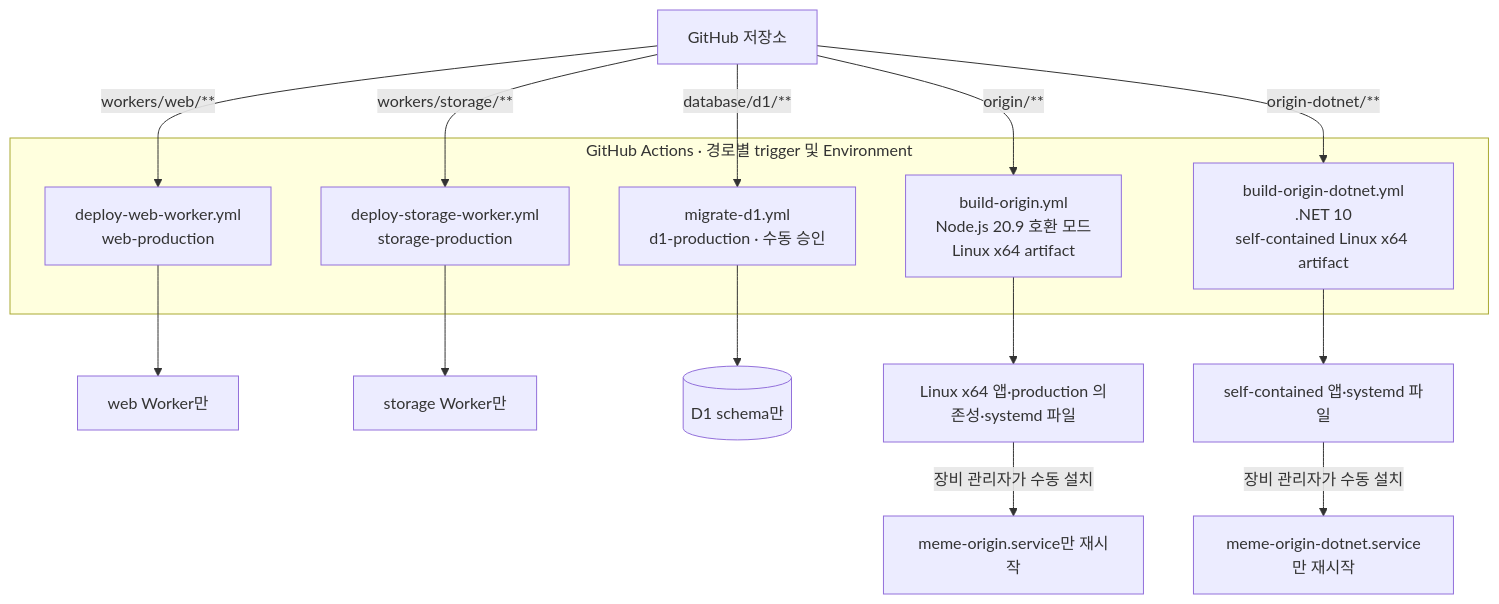
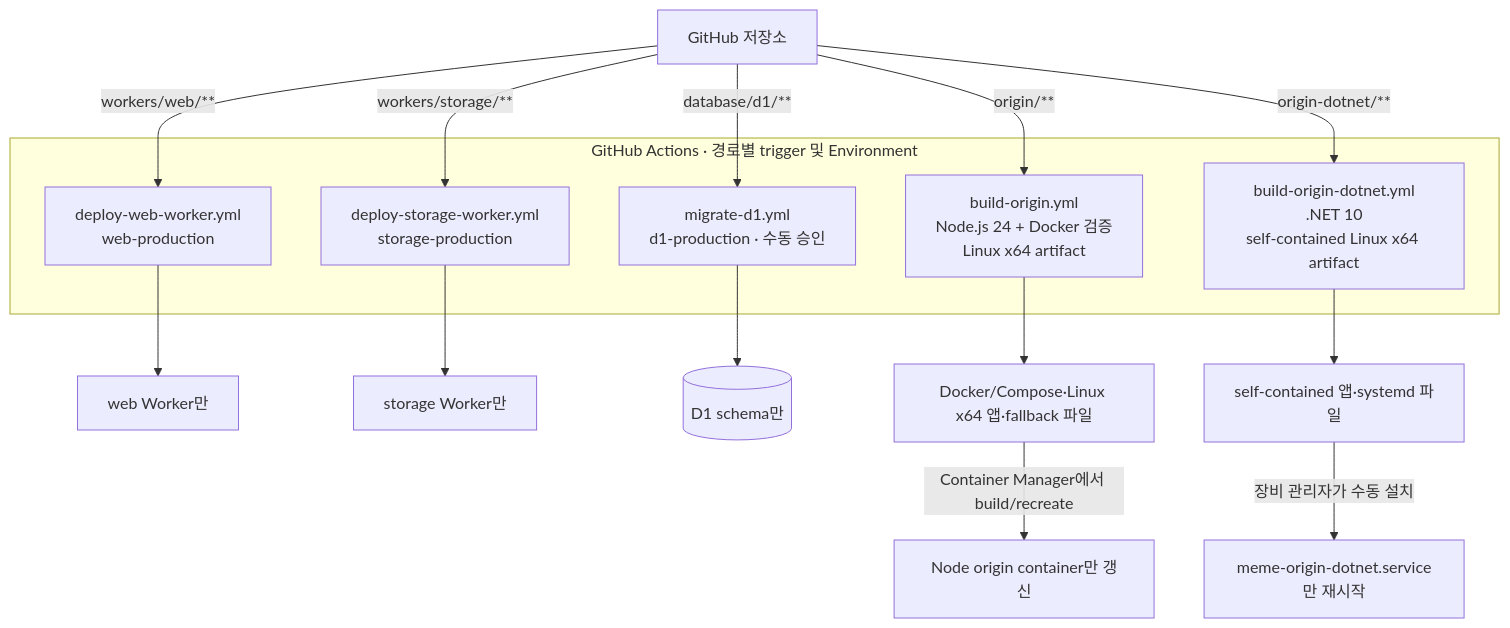
The fourth of 4 diagrams in docs/architecture.md (octopus7/meme), drawn with Mermaid before and after one commit. The commit also changed other lines of this file and 15 other files, not shown here.

Commit message:
배포: Synology용 Node 24 Compose 구성 추가

````diff
--- a/docs/architecture.md
+++ b/docs/architecture.md
@@ -136,20 +136,20 @@
 ```mermaid
 flowchart TB
     GH["GitHub 저장소"]
 
     subgraph GA["GitHub Actions · 경로별 trigger 및 Environment"]
         WW["deploy-web-worker.yml<br/>web-production"]
         SW["deploy-storage-worker.yml<br/>storage-production"]
         DB["migrate-d1.yml<br/>d1-production · 수동 승인"]
-        OB["build-origin.yml<br/>Node.js 20.9 호환 모드<br/>Linux x64 artifact"]
+        OB["build-origin.yml<br/>Node.js 24 + Docker 검증<br/>Linux x64 artifact"]
         ODB["build-origin-dotnet.yml<br/>.NET 10<br/>self-contained Linux x64 artifact"]
     end
 
     GH -->|"workers/web/**"| WW --> W["web Worker만"]
     GH -->|"workers/storage/**"| SW --> S["storage Worker만"]
     GH -->|"database/d1/**"| DB --> D[("D1 schema만")]
-    GH -->|"origin/**"| OB --> AR["Linux x64 앱·production 의존성·systemd 파일"]
-    AR -->|"장비 관리자가 수동 설치"| O["meme-origin.service만 재시작"]
+    GH -->|"origin/**"| OB --> AR["Docker/Compose·Linux x64 앱·fallback 파일"]
+    AR -->|"Container Manager에서 build/recreate"| O["Node origin container만 갱신"]
     GH -->|"origin-dotnet/**"| ODB --> DAR["self-contained 앱·systemd 파일"]
     DAR -->|"장비 관리자가 수동 설치"| DO["meme-origin-dotnet.service만 재시작"]
 ```
````
